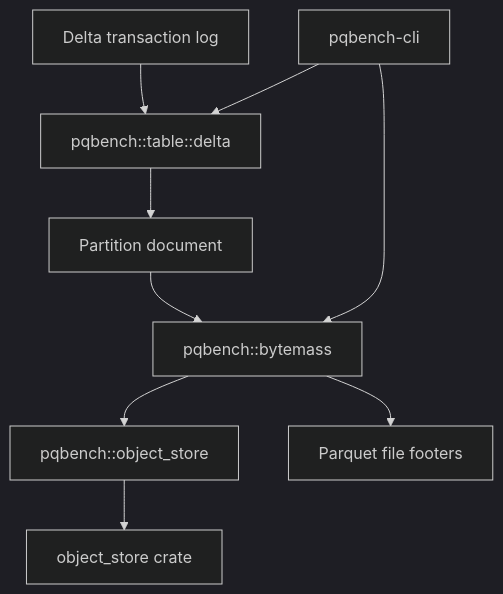
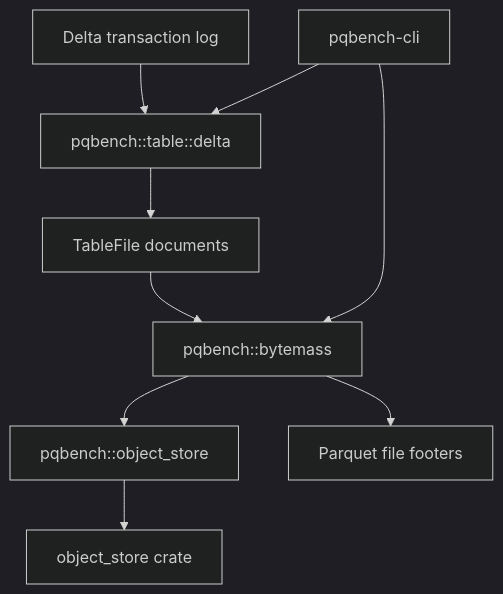
The diagram in docs/delta.md (pqbench/pqbench), drawn with Mermaid (dark theme) before and after one commit. The commit also changed other lines of this file and 85 other files, not shown here.

````diff
--- a/docs/delta.md
+++ b/docs/delta.md
@@ -9,11 +9,11 @@
 ```mermaid
 flowchart TD
     delta_log[Delta transaction log] --> delta[pqbench::table::delta]
-    delta --> document[Partition document]
+    delta --> document[TableFile documents]
     document --> bytemass[pqbench::bytemass]
     bytemass --> isolation[pqbench::object_store]
     isolation --> object_store[object_store crate]
     bytemass --> parquet[Parquet file footers]
     pqbench_cli[pqbench-cli] --> delta
     pqbench_cli --> bytemass
 ```
````
